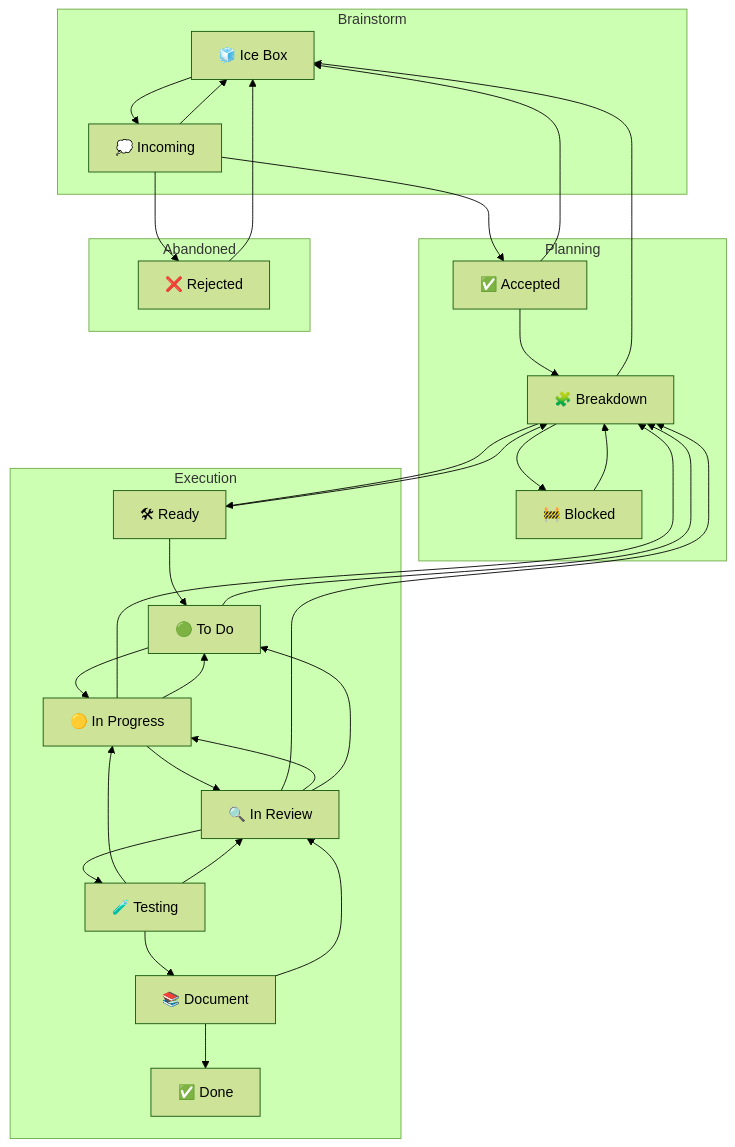
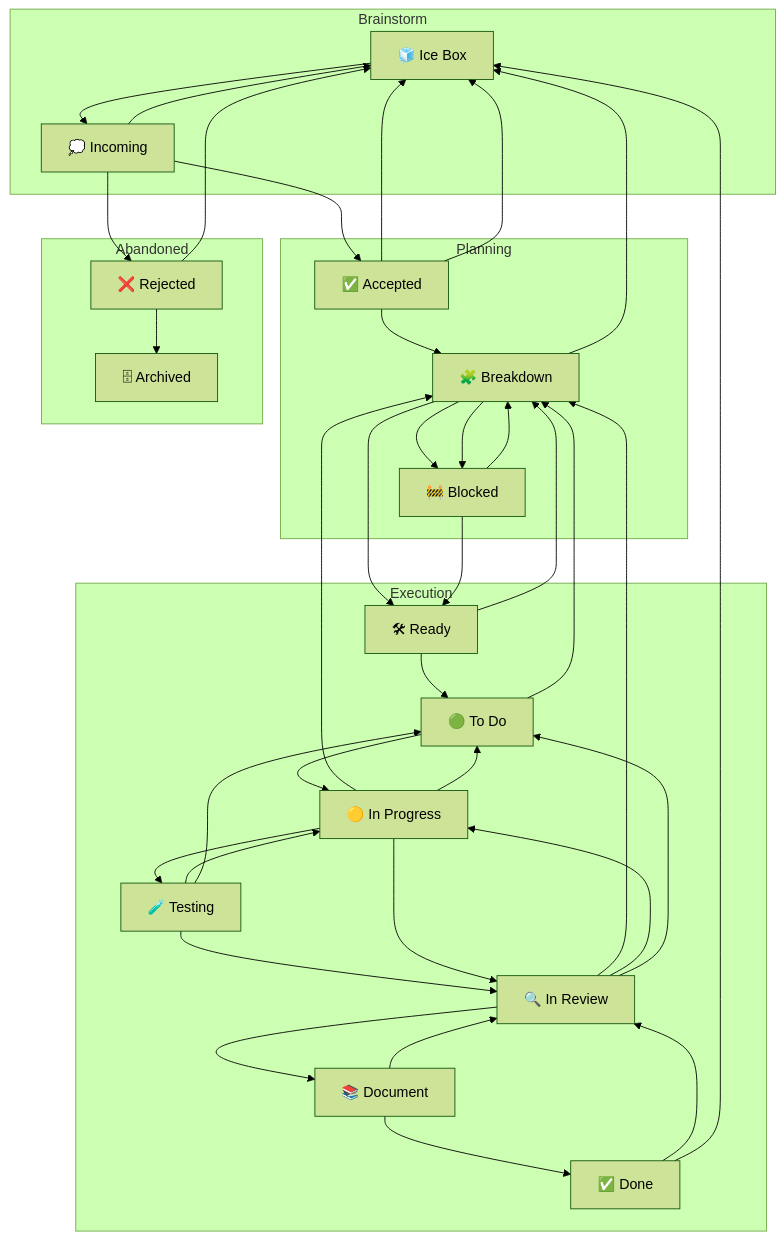
The diagram in PROCESS.md (open-hax/eta-mu), drawn with Mermaid (forest theme) before and after one commit. The commit also changed other lines of this file and 52 other files, not shown here.

````diff
--- a/PROCESS.md
+++ b/PROCESS.md
@@ -60,68 +70,76 @@
 ```mermaid
 flowchart TD
 
   %% ====== Lanes ======
   subgraph Brainstorm
     IceBox["🧊 Ice Box"]
     Incoming["💭 Incoming"]
   end
 
   subgraph Planning
     Accepted["✅ Accepted"]
     Breakdown["🧩 Breakdown"]
     Blocked["🚧 Blocked"]
   end
 
   subgraph Execution
     Ready["🛠 Ready"]
     Todo["🟢 To Do"]
     InProgress["🟡 In Progress"]
     Testing["🧪 Testing"]
     InReview["🔍 In Review"]
     Document["📚 Document"]
     Done["✅ Done"]
   end
 
   subgraph Abandoned
     Rejected["❌ Rejected"]
+    Archived["🗄 Archived"]
   end
 
-  %% ====== Forward flow ======
+  %% ====== Forward flow (promethean) ======
   IceBox --> Incoming
   Incoming --> Accepted
   Incoming --> Rejected
   Incoming --> IceBox
   Accepted --> Breakdown
+  Accepted --> IceBox
   Breakdown --> Ready
+  Breakdown --> Blocked
   Ready --> Todo
   Todo --> InProgress
-  InProgress --> InReview
-  InReview --> Testing
-  Testing --> Document
+  InProgress --> Testing
+  Testing --> InReview
+  InReview --> Document
   Document --> Done
 
   %% ====== Cycles back to Planning / queue ======
   Ready --> Breakdown
   Todo --> Breakdown
   InProgress --> Breakdown
   InReview --> Breakdown
+
+  %% ====== Review crossroads ======
+  InProgress --> InReview
+  InReview --> InProgress
+  InReview --> Todo
   Testing --> InProgress
+  Testing --> Todo
+  Document --> InReview
+  Done --> InReview
 
   %% ====== Session-end, no-PR handoff ======
   InProgress --> Todo
-  Document --> InReview
-
-  %% ====== Review crossroads (re-open work) ======
-  InReview --> InProgress
-  InReview --> Todo
-  Testing --> InReview
 
   %% ====== Defer / archive loops ======
   Accepted --> IceBox
   Breakdown --> IceBox
   Rejected --> IceBox
+  Rejected --> Archived
+  Done --> IceBox
 
   %% ====== Blocked (narrow, explicit dependency) ======
   Breakdown --> Blocked
   Blocked --> Breakdown
+  Blocked --> Ready
 ```
````
